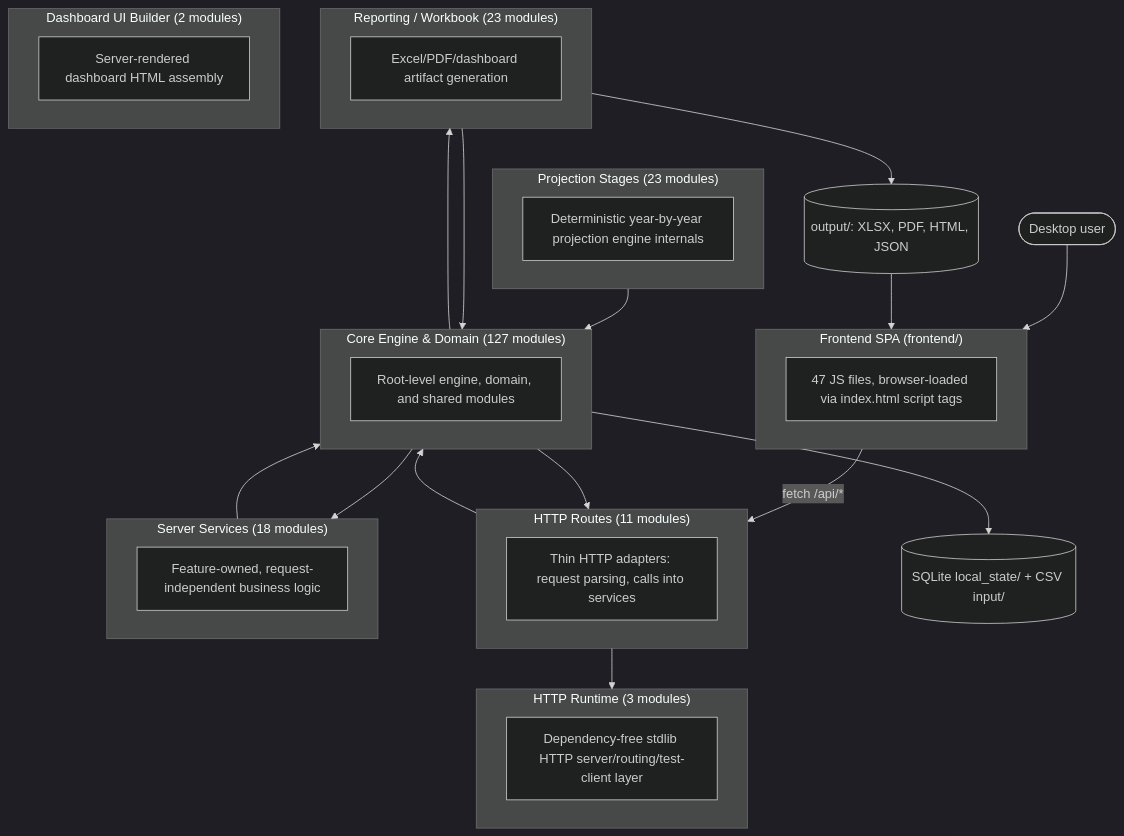
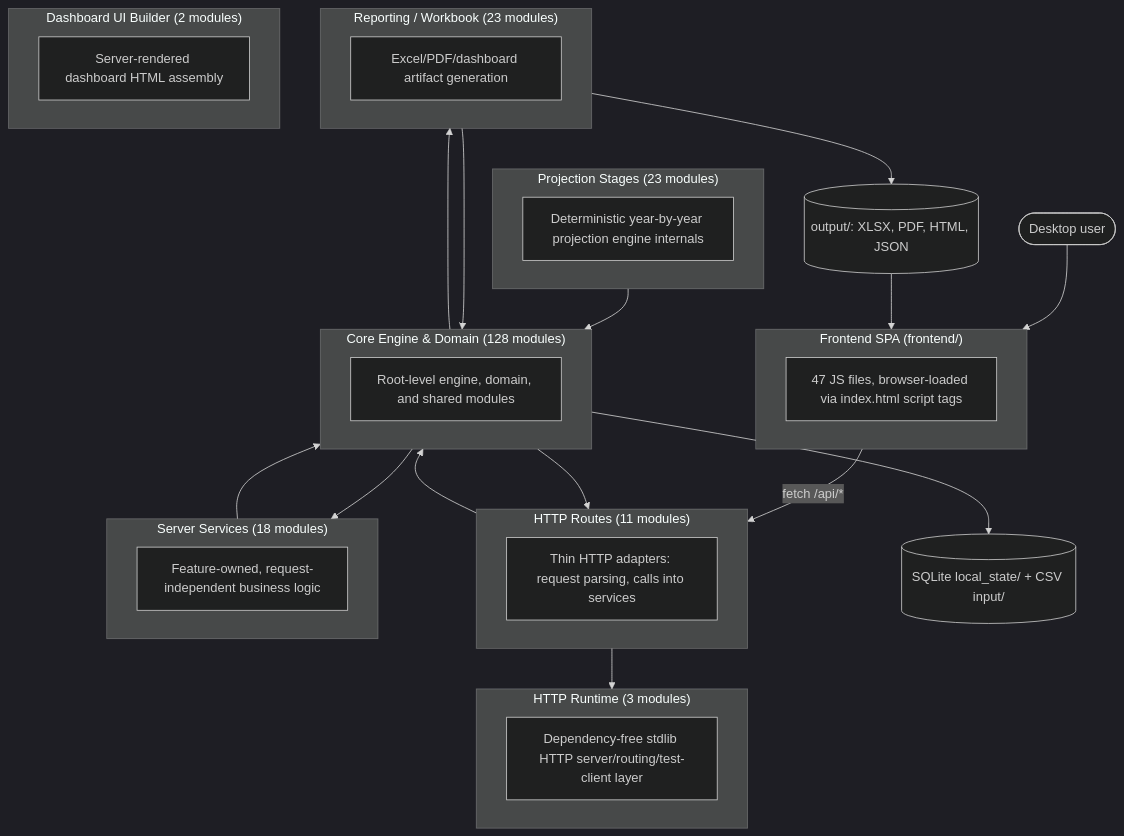
One commit to matthartzman/retirement_system changed the first of 2 diagrams in documentation/reference/SYSTEM_ARCHITECTURE_DIAGRAM.md. Above: the diagram before and after it, drawn with Mermaid (dark theme). The commit also changed other lines of this file and 37 other files, not shown here.

First line of the commit message:
WP3.7: field schema and min_tier tags into reference.db

````diff
--- a/documentation/reference/SYSTEM_ARCHITECTURE_DIAGRAM.md
+++ b/documentation/reference/SYSTEM_ARCHITECTURE_DIAGRAM.md
@@ -11,40 +11,40 @@
 ```mermaid
 flowchart TB
     User(["Desktop user"]) --> FE
     subgraph FE["Frontend SPA (frontend/)"]
         FEcount["47 JS files, browser-loaded via index.html script tags"]
     end
     FE -->|fetch /api/*| L_HTTP_Routes
     subgraph L_HTTP_Routes["HTTP Routes (11 modules)"]
         L_HTTP_Routes_d["Thin HTTP adapters: request parsing, calls into services"]
     end
     subgraph L_Server_Services["Server Services (18 modules)"]
         L_Server_Services_d["Feature-owned, request-independent business logic"]
     end
     subgraph L_HTTP_Runtime["HTTP Runtime (3 modules)"]
         L_HTTP_Runtime_d["Dependency-free stdlib HTTP server/routing/test-client layer"]
     end
-    subgraph L_Core_Engine___Domain["Core Engine & Domain (127 modules)"]
+    subgraph L_Core_Engine___Domain["Core Engine & Domain (128 modules)"]
         L_Core_Engine___Domain_d["Root-level engine, domain, and shared modules"]
     end
     subgraph L_Projection_Stages["Projection Stages (23 modules)"]
         L_Projection_Stages_d["Deterministic year-by-year projection engine internals"]
     end
     subgraph L_Reporting___Workbook["Reporting / Workbook (23 modules)"]
         L_Reporting___Workbook_d["Excel/PDF/dashboard artifact generation"]
     end
     subgraph L_Dashboard_UI_Builder["Dashboard UI Builder (2 modules)"]
         L_Dashboard_UI_Builder_d["Server-rendered dashboard HTML assembly"]
     end
     L_Core_Engine___Domain --> L_HTTP_Routes
     L_Core_Engine___Domain --> L_Reporting___Workbook
     L_Core_Engine___Domain --> L_Server_Services
     L_HTTP_Routes --> L_Core_Engine___Domain
     L_HTTP_Routes --> L_HTTP_Runtime
     L_Projection_Stages --> L_Core_Engine___Domain
     L_Reporting___Workbook --> L_Core_Engine___Domain
     L_Server_Services --> L_Core_Engine___Domain
     L_Core_Engine___Domain --> DB[("SQLite local_state/ + CSV input/")]
     L_Reporting___Workbook --> Outputs[("output/: XLSX, PDF, HTML, JSON")]
     Outputs --> FE
 ```
````
